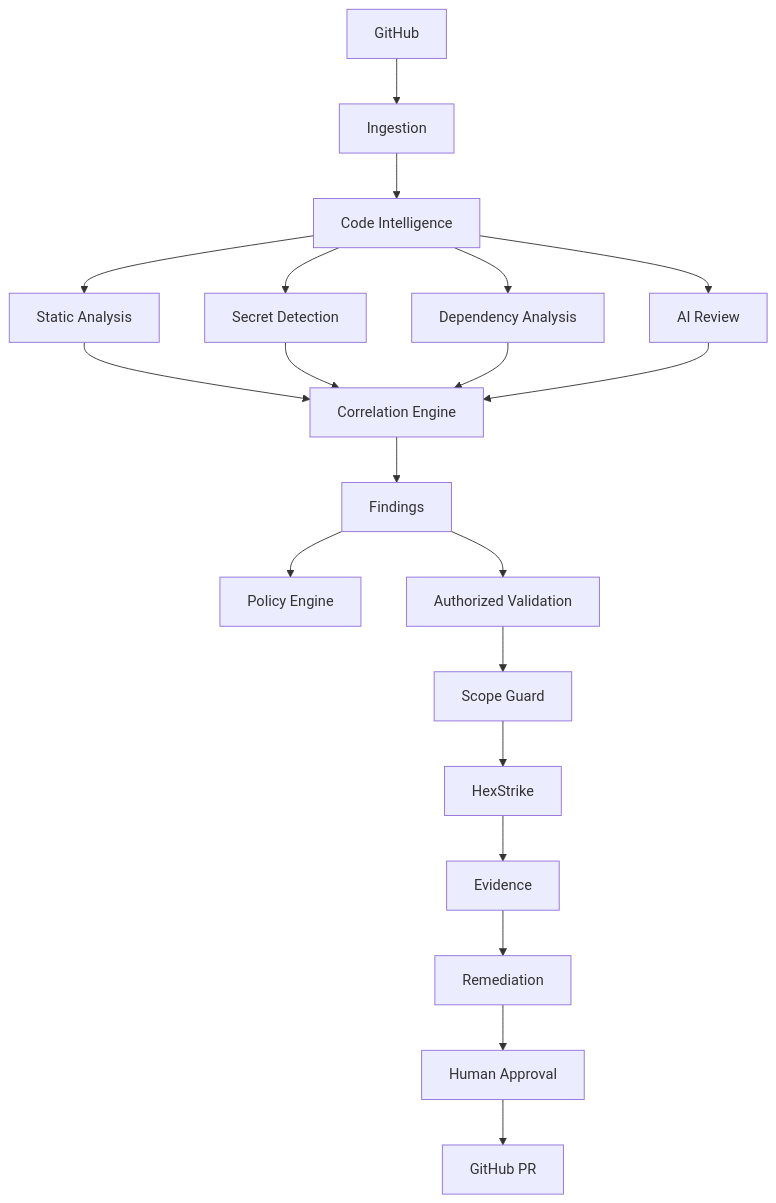
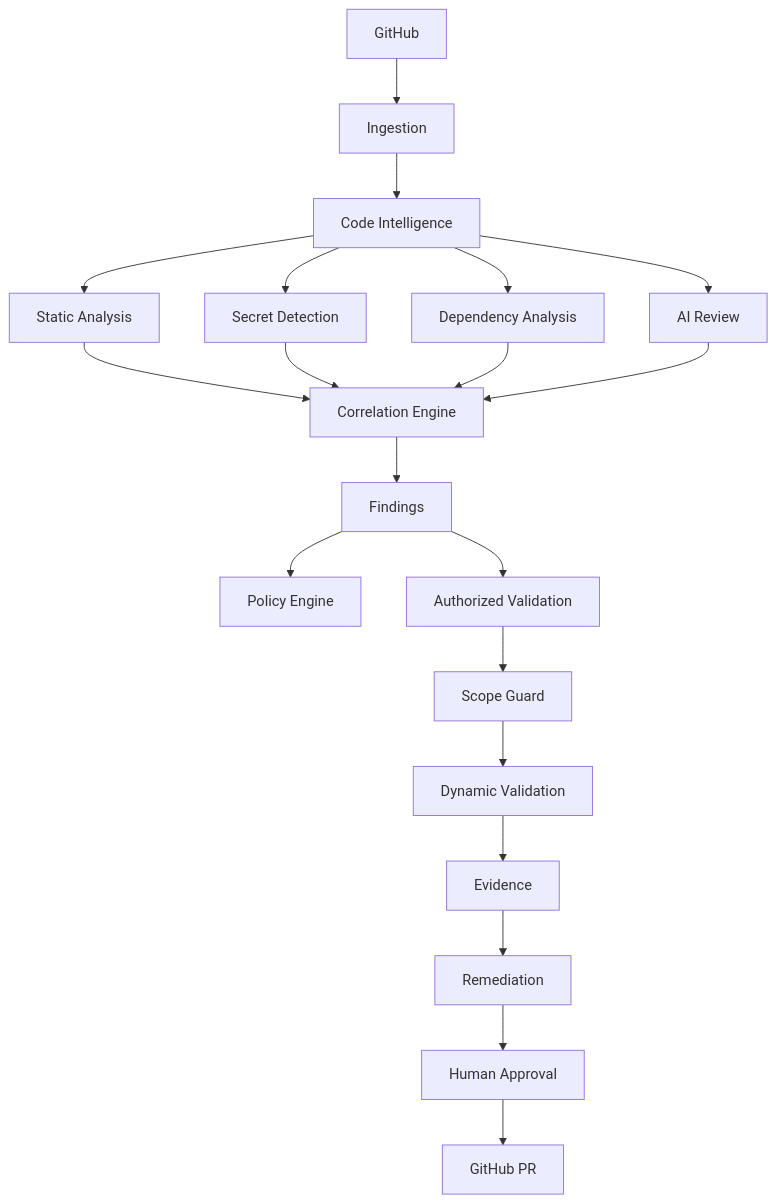
Before and after one commit to sayanstack/sayan-sentinel: the diagram in docs/architecture.md, drawn with Mermaid. The commit also changed other lines of this file and 65 other files, not shown here.

````diff
--- a/docs/architecture.md
+++ b/docs/architecture.md
@@ -5,22 +5,22 @@
 ```mermaid
 flowchart TD
     GH[GitHub] --> ING[Ingestion]
     ING --> CI[Code Intelligence]
     CI --> SA[Static Analysis]
     CI --> SEC[Secret Detection]
     CI --> DEP[Dependency Analysis]
     CI --> AI[AI Review]
     SA --> CORR[Correlation Engine]
     SEC --> CORR
     DEP --> CORR
     AI --> CORR
     CORR --> FIND[Findings]
     FIND --> POL[Policy Engine]
     FIND --> AUTH[Authorized Validation]
     AUTH --> SG[Scope Guard]
-    SG --> HX[HexStrike]
-    HX --> EV[Evidence]
+    SG --> DV[Dynamic Validation]
+    DV --> EV[Evidence]
     EV --> REM[Remediation]
     REM --> APPROVE[Human Approval]
     APPROVE --> PR[GitHub PR]
 ```
````
